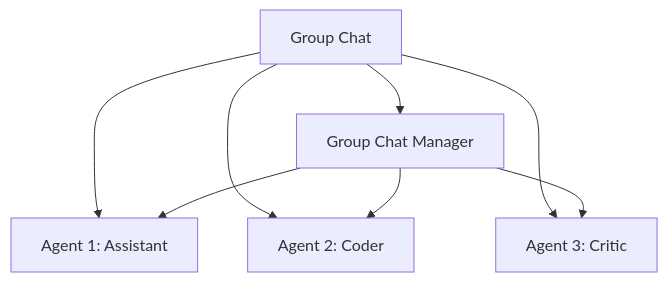
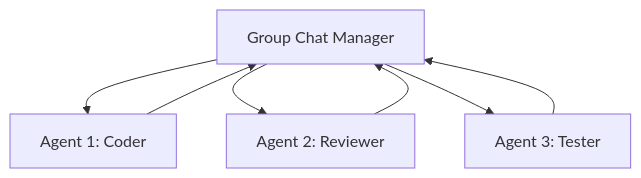
One commit to vanos001/placement_prep changed the third of 4 diagrams in src/ml/agents/autogen.md. Above: the diagram before and after it, drawn with Mermaid. The commit also changed other lines of this file and 20 other files, not shown here.

````diff
--- a/src/ml/agents/autogen.md
+++ b/src/ml/agents/autogen.md
@@ -9,11 +123,10 @@
 ```mermaid
 graph TD
-    GC[Group Chat]
-    GC --> M[Group Chat Manager]
-    GC --> A1[Agent 1: Assistant]
-    GC --> A2[Agent 2: Coder]
-    GC --> A3[Agent 3: Critic]
-    M --> A1
-    M --> A2
-    M --> A3
+    MANAGER[Group Chat Manager]
+    MANAGER --> A1[Agent 1: Coder]
+    MANAGER --> A2[Agent 2: Reviewer]
+    MANAGER --> A3[Agent 3: Tester]
+    A1 --> MANAGER
+    A2 --> MANAGER
+    A3 --> MANAGER
 ```
````
